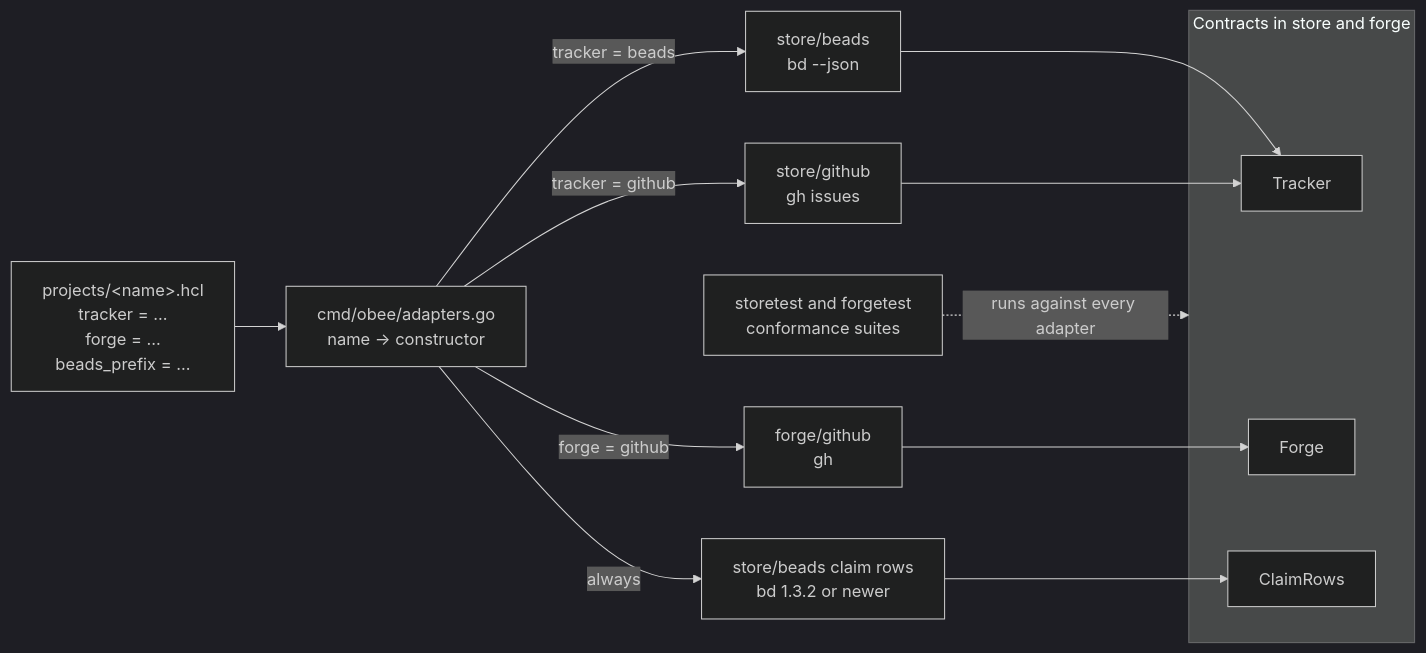
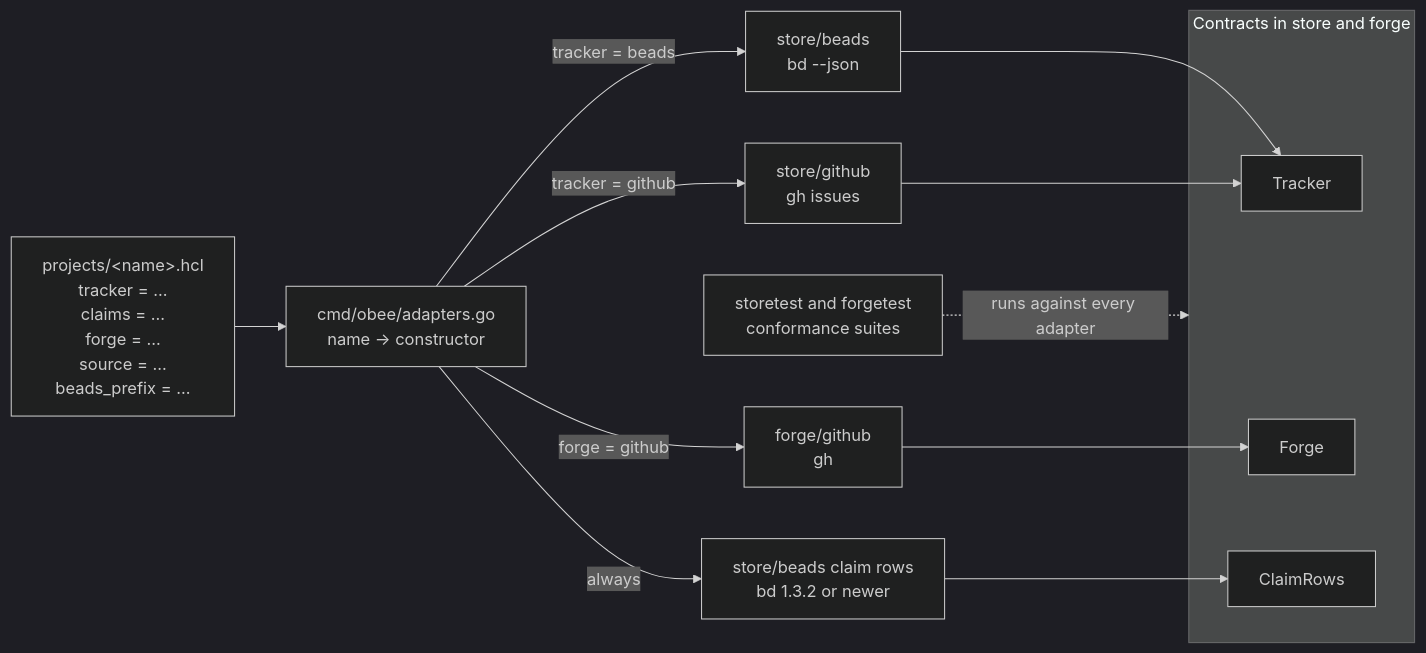
The second of 3 diagrams in docs/architecture.md (tobocop2/beehave), drawn with Mermaid (dark theme) before and after one commit. The commit also changed other lines of this file and 19 other files, not shown here.

First line of the commit message:
Make the forge and the tracker optional in the project file

````diff
--- a/docs/architecture.md
+++ b/docs/architecture.md
@@ -122,29 +122,29 @@
 ```mermaid
 flowchart LR
-    project["projects/&lt;name&gt;.hcl<br/>tracker = …<br/>forge = …<br/>beads_prefix = …"]
+    project["projects/&lt;name&gt;.hcl<br/>tracker = …<br/>claims = …<br/>forge = …<br/>source = …<br/>beads_prefix = …"]
     table["cmd/obee/adapters.go<br/>name → constructor"]
 
     subgraph contracts["Contracts in store and forge"]
         Tracker
         Forge
         ClaimRows
     end
 
     beads["store/beads<br/>bd --json"]
     ghissues["store/github<br/>gh issues"]
     github["forge/github<br/>gh"]
     lease["store/beads claim rows<br/>bd 1.3.2 or newer"]
 
     project --> table
     table -- "tracker = beads" --> beads
     table -- "tracker = github" --> ghissues
     table -- "forge = github" --> github
     table -- "always" --> lease
 
     beads --> Tracker
     ghissues --> Tracker
     github --> Forge
     lease --> ClaimRows
 
     suite["storetest and forgetest<br/>conformance suites"] -. "runs against every adapter" .-> contracts
 ```
````
